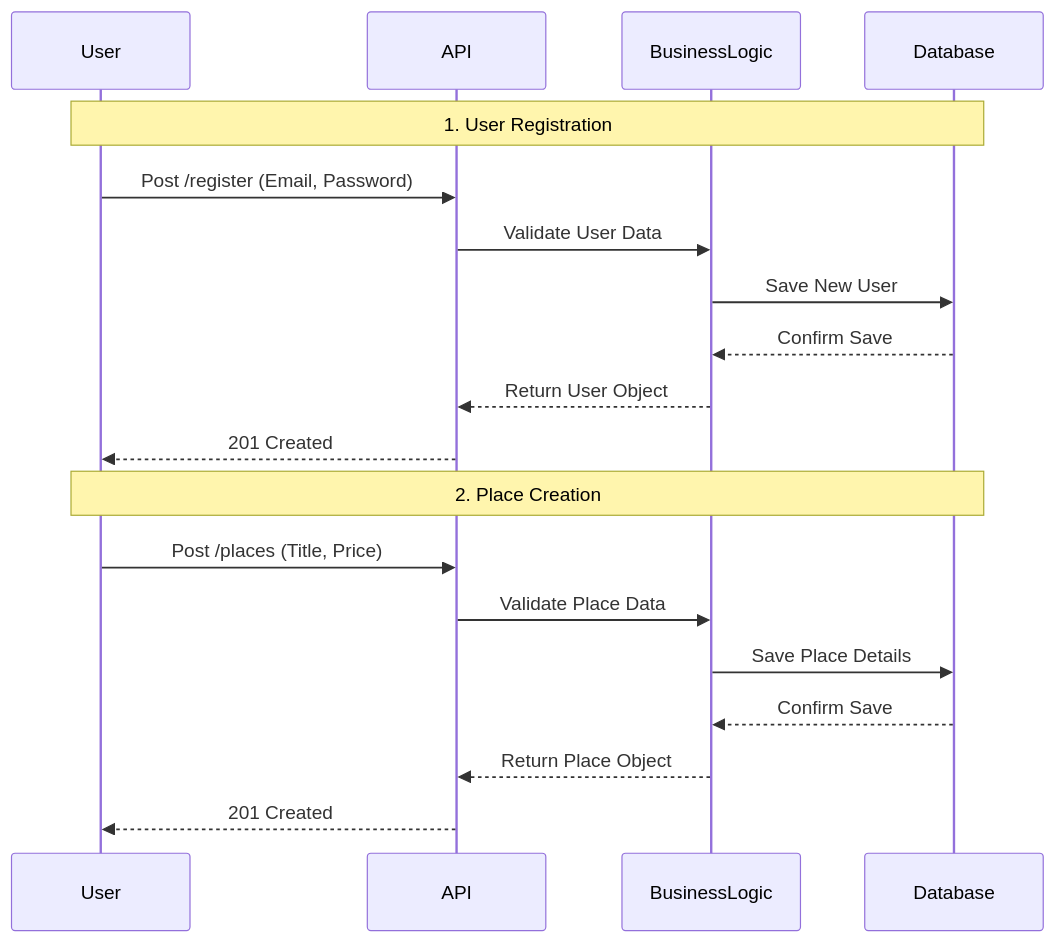
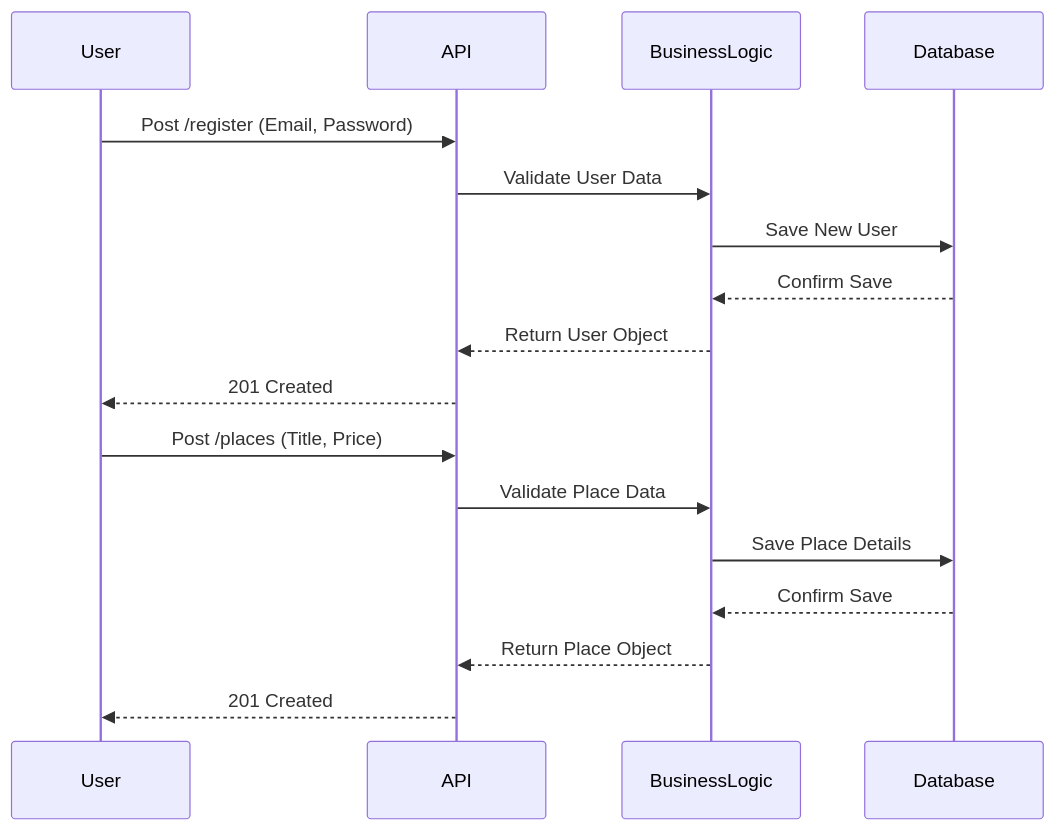
The fourth of 4 diagrams in part1/README.md (eLmincfrLu/holbertonschool-hbnb), drawn with Mermaid before and after one commit. The commit also changed other lines of this file, not shown here.

````diff
--- a/part1/README.md
+++ b/part1/README.md
@@ -194,23 +199,21 @@
 ```mermaid
 sequenceDiagram
     participant User
     participant API
     participant BusinessLogic
     participant Database
 
-    Note over User, Database: 1. User Registration
     User->>API: Post /register (Email, Password)
     API->>BusinessLogic: Validate User Data
     BusinessLogic->>Database: Save New User
     Database-->>BusinessLogic: Confirm Save
     BusinessLogic-->>API: Return User Object
     API-->>User: 201 Created
 
-    Note over User, Database: 2. Place Creation
     User->>API: Post /places (Title, Price)
     API->>BusinessLogic: Validate Place Data
     BusinessLogic->>Database: Save Place Details
     Database-->>BusinessLogic: Confirm Save
     BusinessLogic-->>API: Return Place Object
     API-->>User: 201 Created
 ```
````
